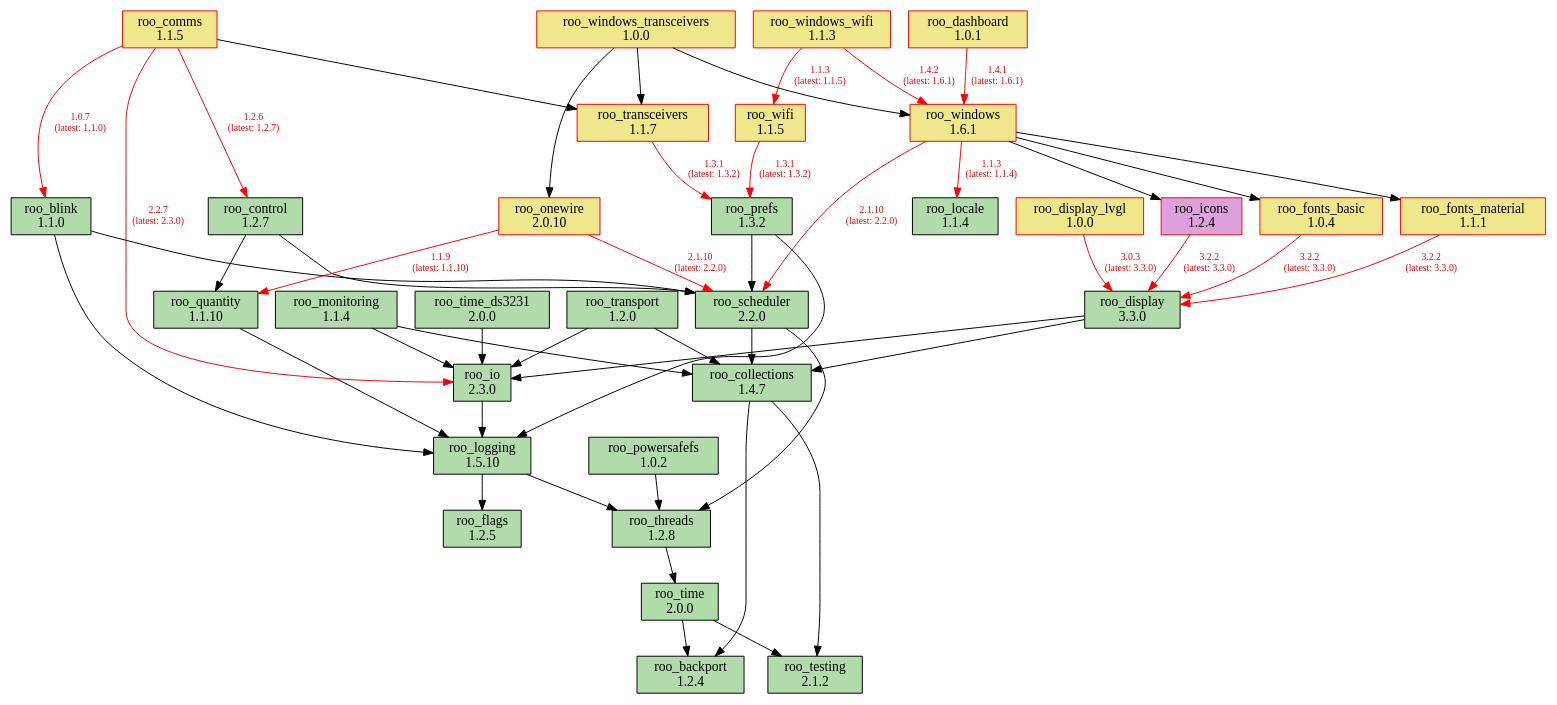
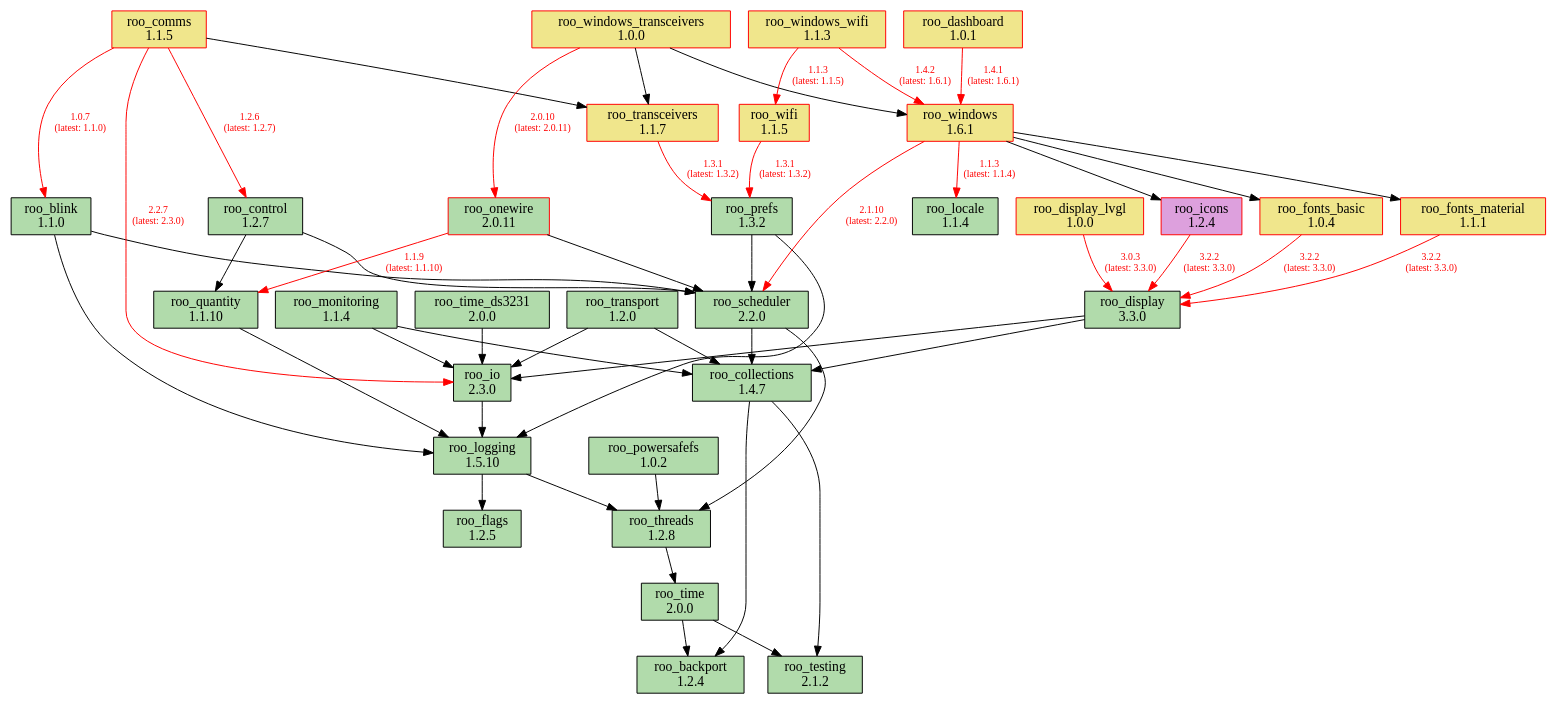
The diagram in doc/dependencies.dot (dejwk/roo-registry), drawn with Graphviz before and after one commit. The commit also changed 3 other files, not shown here.

Commit message:
Added roo_onewire 2.0.11 to the registry.

```diff
--- a/doc/dependencies.dot
+++ b/doc/dependencies.dot
@@ -1,88 +1,88 @@
 digraph dependencies {
     rankdir=TB;
     node [shape=box, style=filled];
     edge [fontsize=10];
 
     // Modules
     "roo_backport" [label="roo_backport\n1.2.4", fillcolor="#b1dbab", color="black"];
     "roo_blink" [label="roo_blink\n1.1.0", fillcolor="#b1dbab", color="black"];
     "roo_collections" [label="roo_collections\n1.4.7", fillcolor="#b1dbab", color="black"];
     "roo_comms" [label="roo_comms\n1.1.5", fillcolor="khaki", color="red"];
     "roo_control" [label="roo_control\n1.2.7", fillcolor="#b1dbab", color="black"];
     "roo_dashboard" [label="roo_dashboard\n1.0.1", fillcolor="khaki", color="red"];
     "roo_display" [label="roo_display\n3.3.0", fillcolor="#b1dbab", color="black"];
     "roo_display_lvgl" [label="roo_display_lvgl\n1.0.0", fillcolor="khaki", color="red"];
     "roo_flags" [label="roo_flags\n1.2.5", fillcolor="#b1dbab", color="black"];
     "roo_fonts_basic" [label="roo_fonts_basic\n1.0.4", fillcolor="khaki", color="red"];
     "roo_fonts_material" [label="roo_fonts_material\n1.1.1", fillcolor="khaki", color="red"];
     "roo_icons" [label="roo_icons\n1.2.4", fillcolor="plum", color="red"];
     "roo_io" [label="roo_io\n2.3.0", fillcolor="#b1dbab", color="black"];
     "roo_locale" [label="roo_locale\n1.1.4", fillcolor="#b1dbab", color="black"];
     "roo_logging" [label="roo_logging\n1.5.10", fillcolor="#b1dbab", color="black"];
     "roo_monitoring" [label="roo_monitoring\n1.1.4", fillcolor="#b1dbab", color="black"];
-    "roo_onewire" [label="roo_onewire\n2.0.10", fillcolor="khaki", color="red"];
+    "roo_onewire" [label="roo_onewire\n2.0.11", fillcolor="#b1dbab", color="red"];
     "roo_powersafefs" [label="roo_powersafefs\n1.0.2", fillcolor="#b1dbab", color="black"];
     "roo_prefs" [label="roo_prefs\n1.3.2", fillcolor="#b1dbab", color="black"];
     "roo_quantity" [label="roo_quantity\n1.1.10", fillcolor="#b1dbab", color="black"];
     "roo_scheduler" [label="roo_scheduler\n2.2.0", fillcolor="#b1dbab", color="black"];
     "roo_testing" [label="roo_testing\n2.1.2", fillcolor="#b1dbab", color="black"];
     "roo_threads" [label="roo_threads\n1.2.8", fillcolor="#b1dbab", color="black"];
     "roo_time" [label="roo_time\n2.0.0", fillcolor="#b1dbab", color="black"];
     "roo_time_ds3231" [label="roo_time_ds3231\n2.0.0", fillcolor="#b1dbab", color="black"];
     "roo_transceivers" [label="roo_transceivers\n1.1.7", fillcolor="khaki", color="red"];
     "roo_transport" [label="roo_transport\n1.2.0", fillcolor="#b1dbab", color="black"];
     "roo_wifi" [label="roo_wifi\n1.1.5", fillcolor="khaki", color="red"];
     "roo_windows" [label="roo_windows\n1.6.1", fillcolor="khaki", color="red"];
     "roo_windows_transceivers" [label="roo_windows_transceivers\n1.0.0", fillcolor="khaki", color="red"];
     "roo_windows_wifi" [label="roo_windows_wifi\n1.1.3", fillcolor="khaki", color="red"];
 
     // Dependencies
     "roo_blink" -> "roo_logging";
     "roo_blink" -> "roo_scheduler";
     "roo_collections" -> "roo_testing";
     "roo_collections" -> "roo_backport";
     "roo_comms" -> "roo_blink" [color=red, fontcolor=red, label="1.0.7\n(latest: 1.1.0)"];
     "roo_comms" -> "roo_control" [color=red, fontcolor=red, label="1.2.6\n(latest: 1.2.7)"];
     "roo_comms" -> "roo_io" [color=red, fontcolor=red, label="2.2.7\n(latest: 2.3.0)"];
     "roo_comms" -> "roo_transceivers";
     "roo_control" -> "roo_quantity";
     "roo_control" -> "roo_scheduler";
     "roo_dashboard" -> "roo_windows" [color=red, fontcolor=red, label="1.4.1\n(latest: 1.6.1)"];
     "roo_display" -> "roo_collections";
     "roo_display" -> "roo_io";
     "roo_display_lvgl" -> "roo_display" [color=red, fontcolor=red, label="3.0.3\n(latest: 3.3.0)"];
     "roo_fonts_basic" -> "roo_display" [color=red, fontcolor=red, label="3.2.2\n(latest: 3.3.0)"];
     "roo_fonts_material" -> "roo_display" [color=red, fontcolor=red, label="3.2.2\n(latest: 3.3.0)"];
     "roo_icons" -> "roo_display" [color=red, fontcolor=red, label="3.2.2\n(latest: 3.3.0)"];
     "roo_io" -> "roo_logging";
     "roo_logging" -> "roo_flags";
     "roo_logging" -> "roo_threads";
     "roo_monitoring" -> "roo_collections";
     "roo_monitoring" -> "roo_io";
-    "roo_onewire" -> "roo_scheduler" [color=red, fontcolor=red, label="2.1.10\n(latest: 2.2.0)"];
+    "roo_onewire" -> "roo_scheduler";
     "roo_onewire" -> "roo_quantity" [color=red, fontcolor=red, label="1.1.9\n(latest: 1.1.10)"];
     "roo_powersafefs" -> "roo_threads";
     "roo_prefs" -> "roo_logging";
     "roo_prefs" -> "roo_scheduler";
     "roo_quantity" -> "roo_logging";
     "roo_scheduler" -> "roo_collections";
     "roo_scheduler" -> "roo_threads";
     "roo_threads" -> "roo_time";
     "roo_time" -> "roo_testing";
     "roo_time" -> "roo_backport";
     "roo_time_ds3231" -> "roo_io";
     "roo_transceivers" -> "roo_prefs" [color=red, fontcolor=red, label="1.3.1\n(latest: 1.3.2)"];
     "roo_transport" -> "roo_collections";
     "roo_transport" -> "roo_io";
     "roo_wifi" -> "roo_prefs" [color=red, fontcolor=red, label="1.3.1\n(latest: 1.3.2)"];
     "roo_windows" -> "roo_fonts_basic";
     "roo_windows" -> "roo_fonts_material";
     "roo_windows" -> "roo_locale" [color=red, fontcolor=red, label="1.1.3\n(latest: 1.1.4)"];
     "roo_windows" -> "roo_icons";
     "roo_windows" -> "roo_scheduler" [color=red, fontcolor=red, label="2.1.10\n(latest: 2.2.0)"];
-    "roo_windows_transceivers" -> "roo_onewire";
+    "roo_windows_transceivers" -> "roo_onewire" [color=red, fontcolor=red, label="2.0.10\n(latest: 2.0.11)"];
     "roo_windows_transceivers" -> "roo_transceivers";
     "roo_windows_transceivers" -> "roo_windows";
     "roo_windows_wifi" -> "roo_wifi" [color=red, fontcolor=red, label="1.1.3\n(latest: 1.1.5)"];
     "roo_windows_wifi" -> "roo_windows" [color=red, fontcolor=red, label="1.4.2\n(latest: 1.6.1)"];
 }
```
